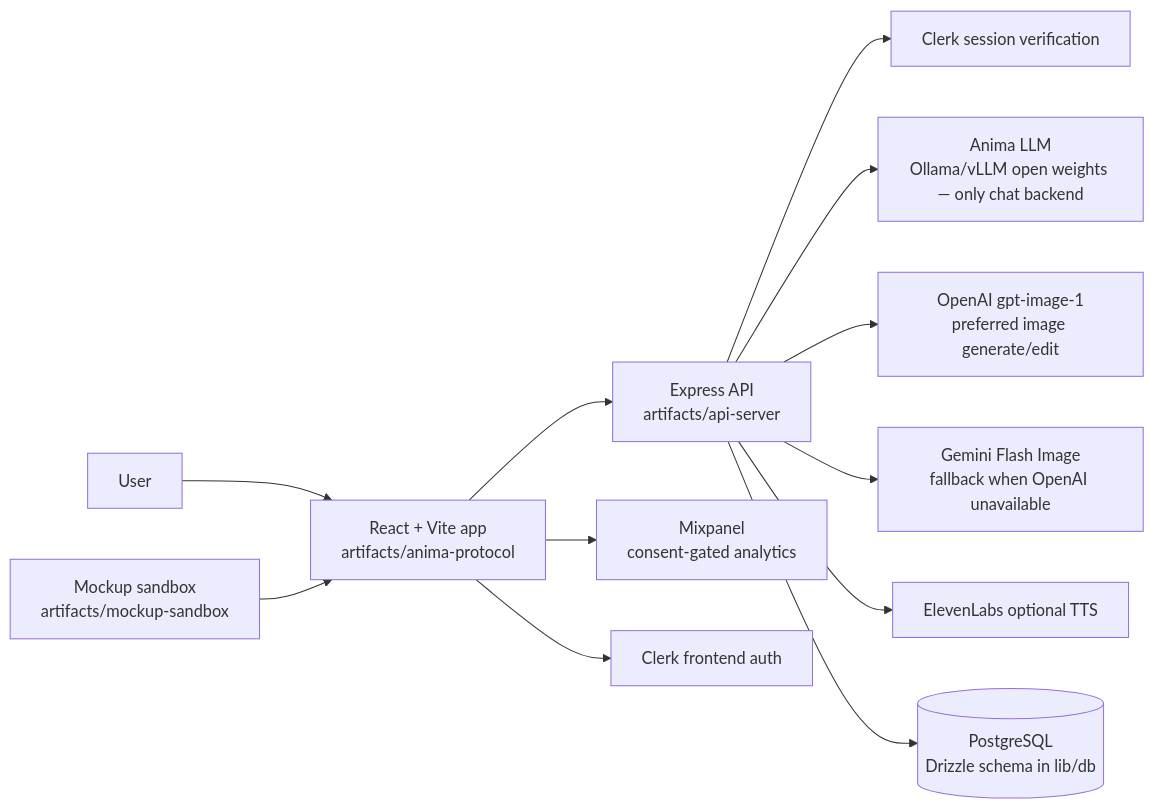
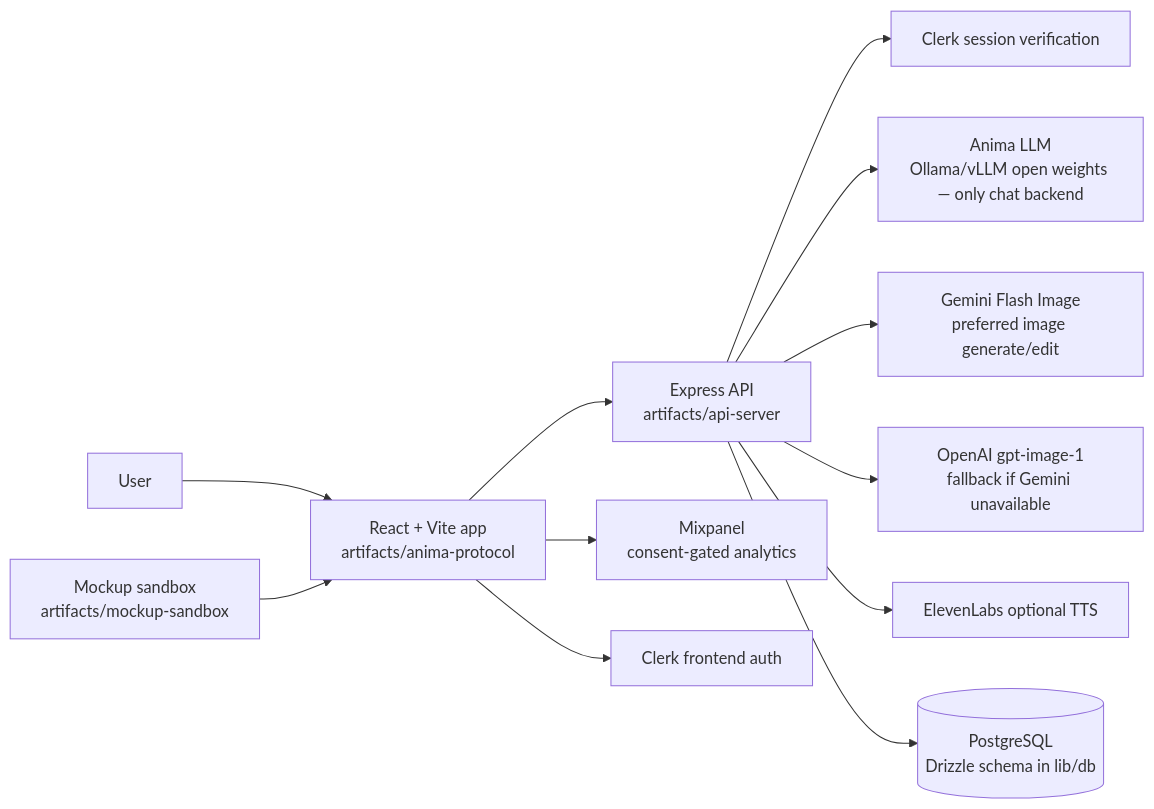
The diagram in README.md (davins56/Anima-Protocol), drawn with Mermaid before and after one commit. The commit also changed other lines of this file and 7 other files, not shown here.

````diff
--- a/README.md
+++ b/README.md
@@ -9,14 +9,14 @@
 ```mermaid
 flowchart LR
   user[User] --> web[React + Vite app<br/>artifacts/anima-protocol]
   web --> api[Express API<br/>artifacts/api-server]
   web --> mixpanel[Mixpanel<br/>consent-gated analytics]
   web --> clerk[Clerk frontend auth]
   api --> clerk_api[Clerk session verification]
   api --> animaLlm[Anima LLM<br/>Ollama/vLLM open weights — only chat backend]
-  api --> openaiImages[OpenAI gpt-image-1<br/>preferred image generate/edit]
-  api --> geminiImages[Gemini Flash Image<br/>fallback when OpenAI unavailable]
+  api --> geminiImages[Gemini Flash Image<br/>preferred image generate/edit]
+  api --> openaiImages[OpenAI gpt-image-1<br/>fallback if Gemini unavailable]
   api --> eleven[ElevenLabs optional TTS]
   api --> db[(PostgreSQL<br/>Drizzle schema in lib/db)]
   mockup[Mockup sandbox<br/>artifacts/mockup-sandbox] --> web
 ```
````
